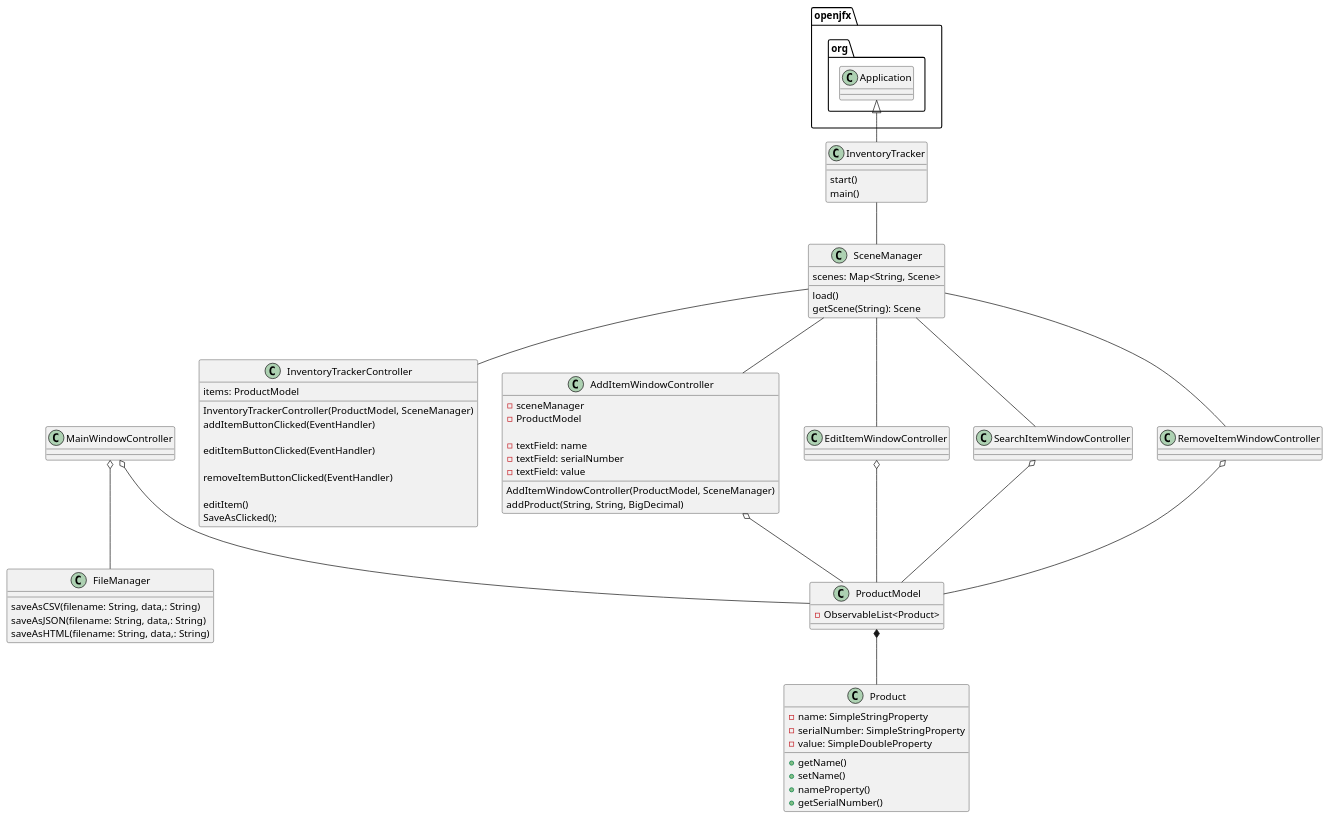
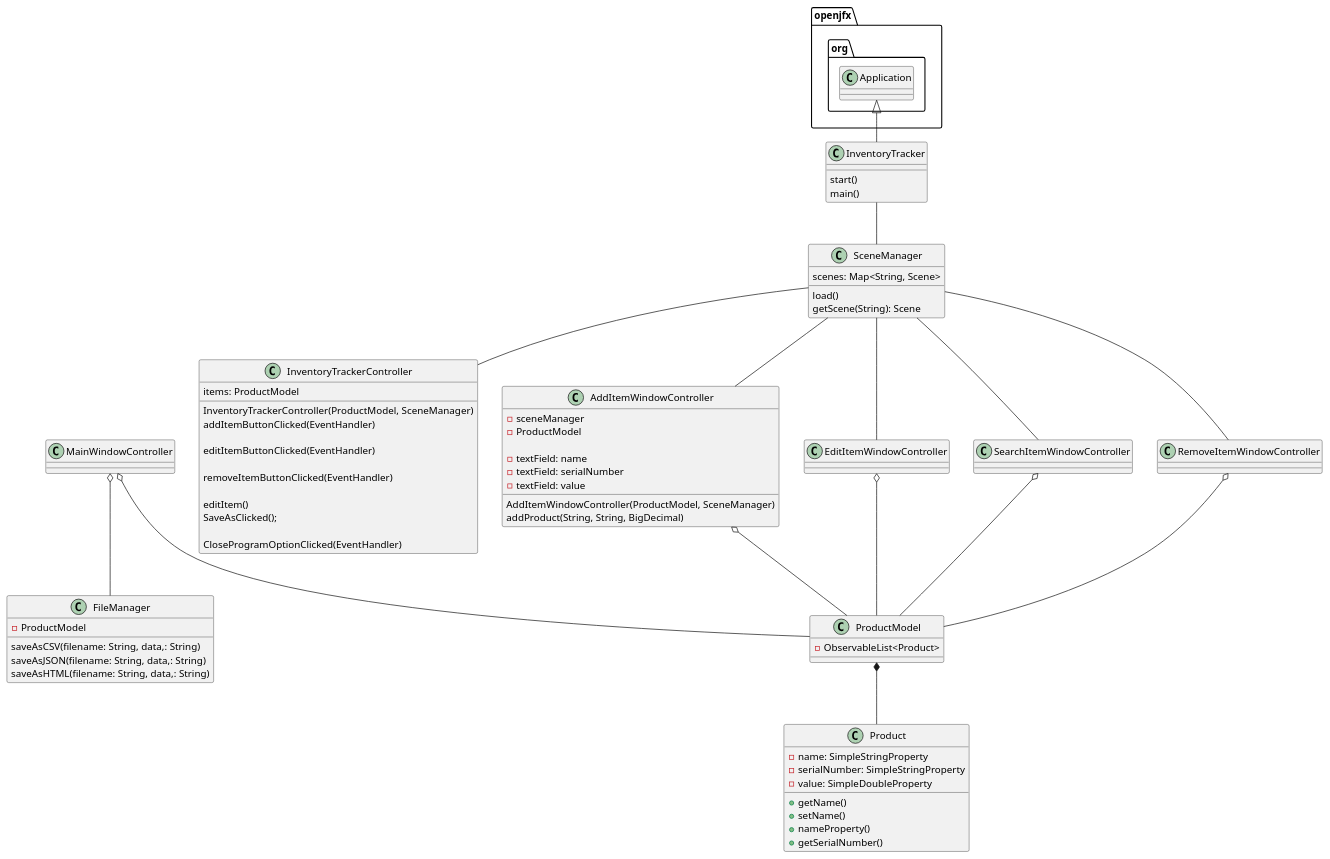
One commit to PShannon-Dev/Shannon-2611-a5 changed the diagram in uml/exercise56.puml. Above: the diagram before and after it, drawn with PlantUML. The commit also changed 12 other files, not shown here.

```diff
--- a/uml/exercise56.puml
+++ b/uml/exercise56.puml
@@ -1,96 +1,101 @@
 @startuml
 
 class InventoryTracker{
     start()
     main()
 }
 
 'Lecture 7/12/2021
 class SceneManager{
     scenes: Map<String, Scene>
 
     load()
     getScene(String): Scene
 }
 
 class InventoryTrackerController{
     items: ProductModel
 
     'constructor for sceneManager
     InventoryTrackerController(ProductModel, SceneManager)
 
 
+    'VBOX Right
     'pass addItem scene to SceneManager
     addItemButtonClicked(EventHandler)
 
     'might not be button, may just edit in table view
     editItemButtonClicked(EventHandler)
 
     'remove selected item
     removeItemButtonClicked(EventHandler)
 
     editItem()
     SaveAsClicked();
+
+    CloseProgramOptionClicked(EventHandler)
 }
 class AddItemWindowController{
     'constructor for sceneManager
     AddItemWindowController(ProductModel, SceneManager)
 
     'instances
     -sceneManager
     -ProductModel
 
     -textField: name
     -textField: serialNumber
     -textField: value
 
     'add product through constructor using text field
      addProduct(String, String, BigDecimal)
 }
 
 'this may be removed if its possible to edit in tableview
 class EditItemWindowController{
 
 }
 
 class SearchItemWindowController{
 }
 
 class ProductModel{
 
     - ObservableList<Product>
 
 }
 
 class Product{
     - name: SimpleStringProperty
     - serialNumber: SimpleStringProperty
     - value: SimpleDoubleProperty
 
     + getName()
     + setName()
     + nameProperty()
     + getSerialNumber()
     '...
 }
 
 class FileManager{
+    -ProductModel
+
     saveAsCSV(filename: String, data,: String)
     saveAsJSON(filename: String, data,: String)
     saveAsHTML(filename: String, data,: String)
 }
 openjfx.org.Application <|-- InventoryTracker
 InventoryTracker -- SceneManager
 SceneManager -- InventoryTrackerController
 SceneManager -- AddItemWindowController
 SceneManager -- EditItemWindowController
 SceneManager -- RemoveItemWindowController
 SceneManager -- SearchItemWindowController
 MainWindowController o-- ProductModel
 AddItemWindowController o-- ProductModel
 EditItemWindowController o-- ProductModel
 RemoveItemWindowController o-- ProductModel
 SearchItemWindowController o-- ProductModel
 MainWindowController o-- FileManager
 ProductModel *-- Product
 @enduml
```
